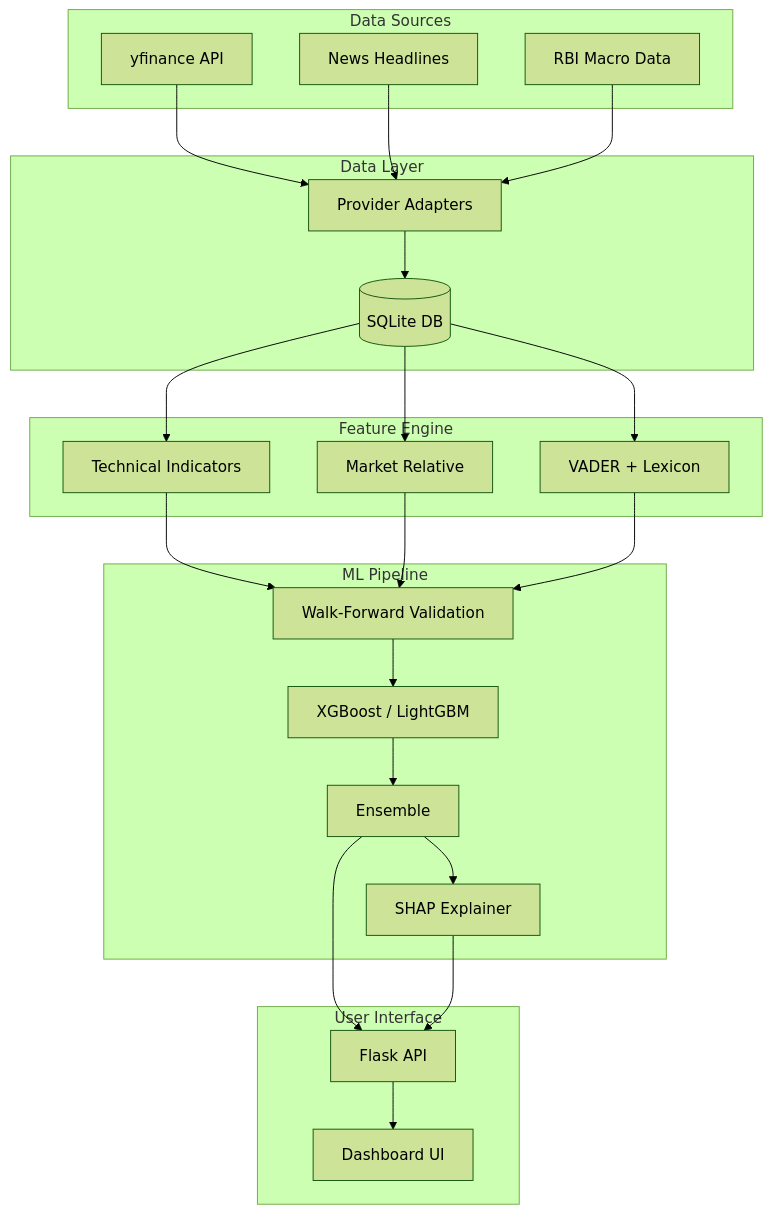
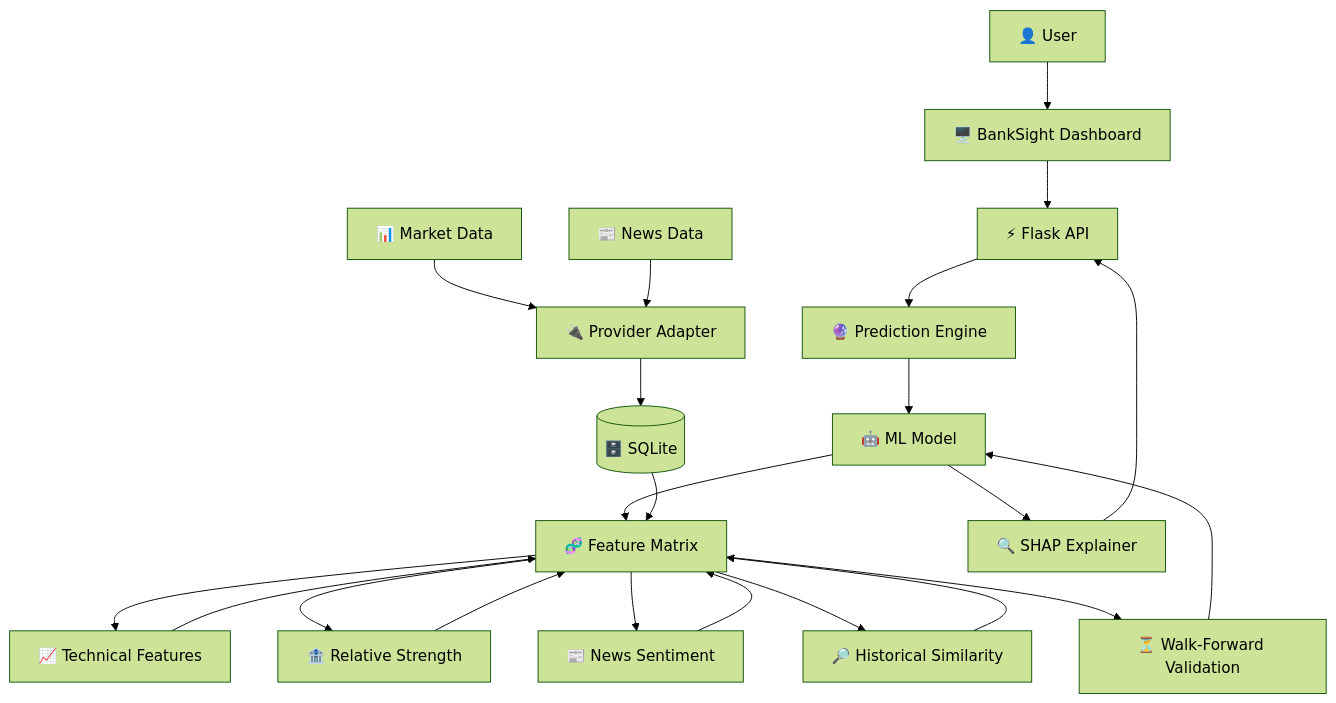
The first of 5 diagrams in README.md (jashchothani/BankSight-AI), drawn with Mermaid (forest theme) before and after one commit. The commit also changed other lines of this file, not shown here.

````diff
--- a/README.md
+++ b/README.md
@@ -20,52 +294,40 @@
 ```mermaid
-graph TD
-    subgraph Data Sources
-        YF[yfinance API]
-        News[News Headlines]
-        Macro[RBI Macro Data]
-    end
+flowchart TB
 
-    subgraph Data Layer
-        Adapters[Provider Adapters]
-        DB[(SQLite DB)]
-    end
+    U["👤 User"]
 
-    subgraph Feature Engine
-        Tech[Technical Indicators]
-        Rel[Market Relative]
-        NLP[VADER + Lexicon]
-    end
+    U --> UI["🖥️ BankSight Dashboard"]
 
-    subgraph ML Pipeline
-        WF[Walk-Forward Validation]
-        XGB[XGBoost / LightGBM]
-        Ens[Ensemble]
-        SHAP[SHAP Explainer]
-    end
+    UI --> API["⚡ Flask API"]
 
-    subgraph User Interface
-        API[Flask API]
-        Dash[Dashboard UI]
-    end
+    API --> P["🔮 Prediction Engine"]
 
-    YF --> Adapters
-    News --> Adapters
-    Macro --> Adapters
-    Adapters --> DB
-    
-    DB --> Tech
-    DB --> Rel
-    DB --> NLP
-    
-    Tech --> WF
-    Rel --> WF
-    NLP --> WF
-    
-    WF --> XGB
-    XGB --> Ens
-    Ens --> SHAP
-    
-    Ens --> API
-    SHAP --> API
-    API --> Dash
+    P --> M["🤖 ML Model"]
+
+    M --> F["🧬 Feature Matrix"]
+
+    F --> T["📈 Technical Features"]
+    F --> R["🏦 Relative Strength"]
+    F --> N["📰 News Sentiment"]
+    F --> H["🔎 Historical Similarity"]
+
+    T --> F
+    R --> F
+    N --> F
+    H --> F
+
+    F --> WF["⏳ Walk-Forward Validation"]
+
+    WF --> M
+
+    M --> S["🔍 SHAP Explainer"]
+
+    S --> API
+
+    D["📊 Market Data"] --> DP["🔌 Provider Adapter"]
+    X["📰 News Data"] --> DP
+
+    DP --> DB[("🗄️ SQLite")]
+
+    DB --> F
 ```
````
